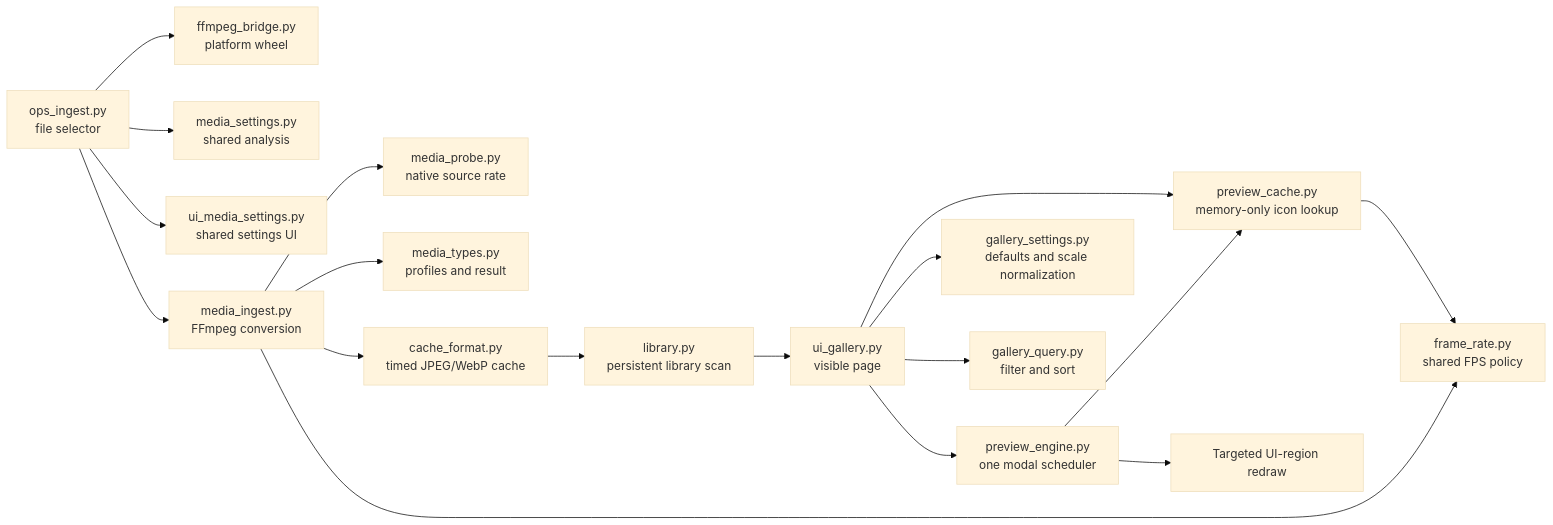
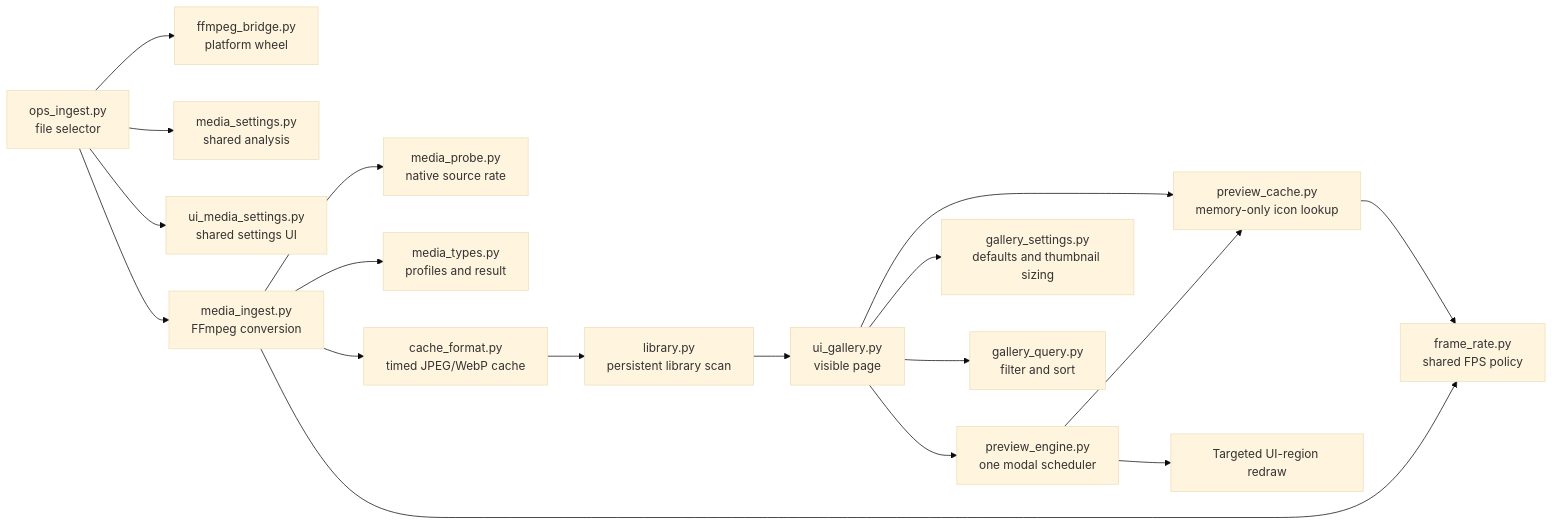
Before and after one commit to tdw46/blender-animated-ui: the diagram in README.md, drawn with Mermaid (base theme). The commit also changed other lines of this file, not shown here.

````diff
--- a/README.md
+++ b/README.md
@@ -173,21 +168,21 @@
 ```mermaid
 flowchart LR
     UI["ui_gallery.py<br/>visible page"] --> PC["preview_cache.py<br/>memory-only icon lookup"]
     UI --> PE["preview_engine.py<br/>one modal scheduler"]
     PE --> PC
     PE --> R["Targeted UI-region redraw"]
     PC --> FPS["frame_rate.py<br/>shared FPS policy"]
-    UI --> GS["gallery_settings.py<br/>defaults and scale normalization"]
+    UI --> GS["gallery_settings.py<br/>defaults and thumbnail sizing"]
     UI --> GQ["gallery_query.py<br/>filter and sort"]
 
     OP["ops_ingest.py<br/>file selector"] --> FB["ffmpeg_bridge.py<br/>platform wheel"]
     OP --> MS["media_settings.py<br/>shared analysis"]
     OP --> UIS["ui_media_settings.py<br/>shared settings UI"]
     OP --> MI["media_ingest.py<br/>FFmpeg conversion"]
     MI --> MP["media_probe.py<br/>native source rate"]
     MI --> MT["media_types.py<br/>profiles and result"]
     MI --> FPS
     MI --> CF["cache_format.py<br/>timed JPEG/WebP cache"]
     CF --> LIB["library.py<br/>persistent library scan"]
     LIB --> UI
 ```
````
